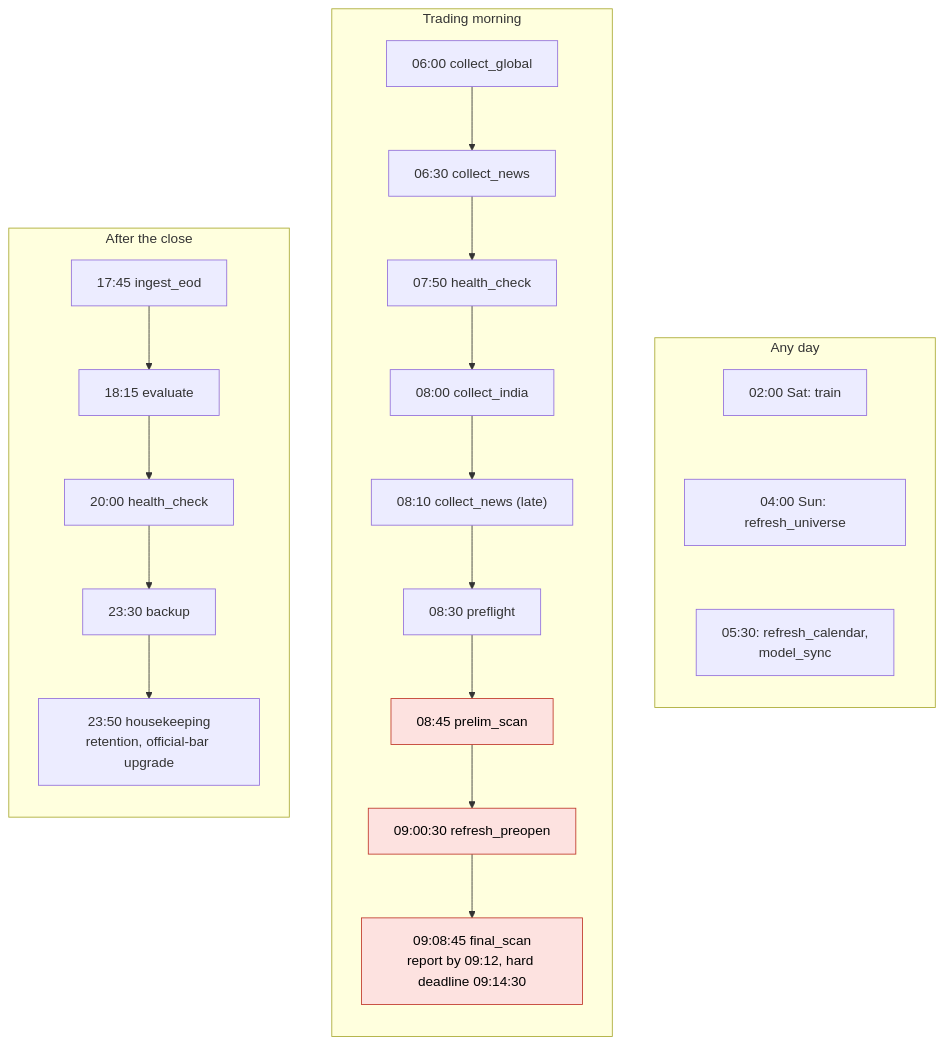
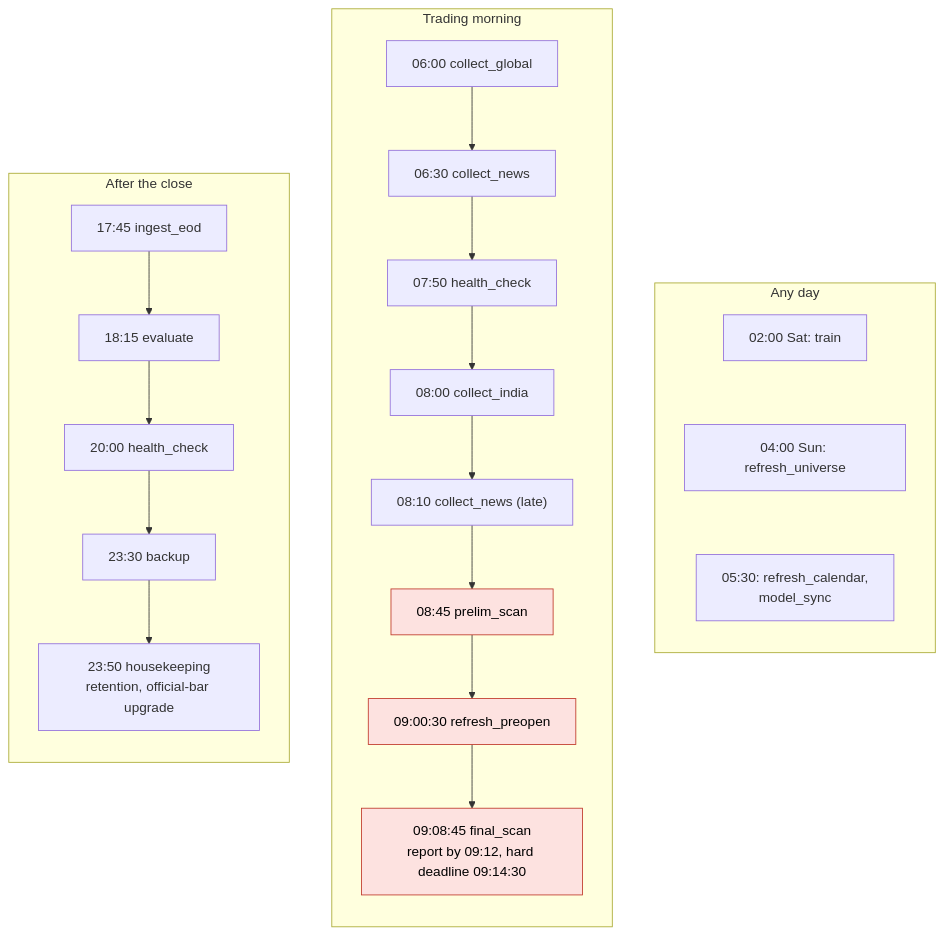
One commit to amansoni7477030/MonsterStock_AI changed the third of 3 diagrams in MONSTER-AI/README.md. Above: the diagram before and after it, drawn with Mermaid. The commit also changed other lines of this file and 61 other files, not shown here.

````diff
--- a/MONSTER-AI/README.md
+++ b/MONSTER-AI/README.md
@@ -174,27 +174,26 @@
 ```mermaid
 flowchart TB
     subgraph EARLY["Any day"]
         direction TB
         N1["02:00 Sat: train"] ~~~ N2["04:00 Sun: refresh_universe"] ~~~ N3["05:30: refresh_calendar,<br/>model_sync"]
     end
     subgraph MORN["Trading morning"]
         direction TB
         M1["06:00 collect_global"] --> M2["06:30 collect_news"]
         M2 --> M3["07:50 health_check"]
         M3 --> M4["08:00 collect_india"]
         M4 --> M5["08:10 collect_news (late)"]
-        M5 --> M6["08:30 preflight"]
-        M6 --> M7["08:45 prelim_scan"]
-        M7 --> M8["09:00:30 refresh_preopen"]
-        M8 --> M9["09:08:45 final_scan<br/>report by 09:12, hard deadline 09:14:30"]
+        M5 --> M6["08:45 prelim_scan"]
+        M6 --> M7["09:00:30 refresh_preopen"]
+        M7 --> M8["09:08:45 final_scan<br/>report by 09:12, hard deadline 09:14:30"]
     end
     subgraph EVE["After the close"]
         direction TB
         E1["17:45 ingest_eod"] --> E2["18:15 evaluate"]
         E2 --> E3["20:00 health_check"]
         E3 --> E4["23:30 backup"]
         E4 --> E5["23:50 housekeeping<br/>retention, official-bar upgrade"]
     end
     classDef critical fill:#fde2e0,stroke:#c0392b,color:#000
-    class M7,M8,M9 critical
+    class M6,M7,M8 critical
 ```
````
